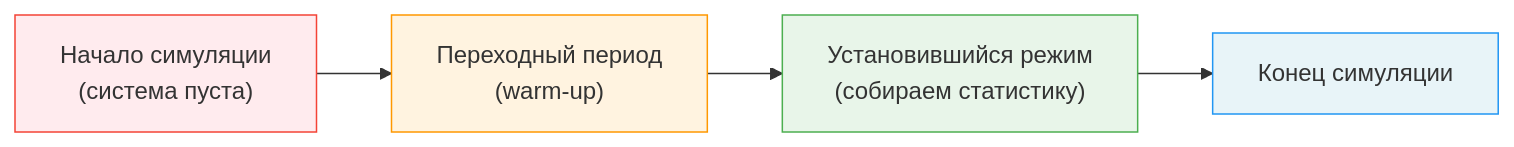
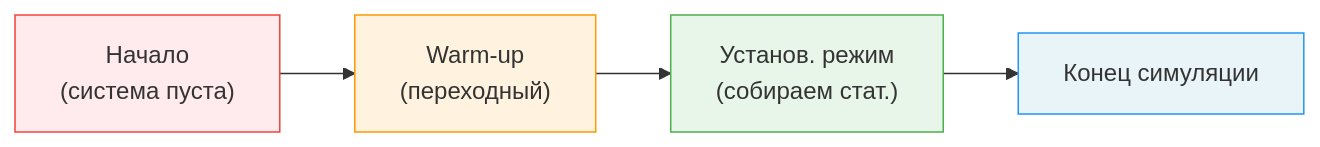
Before and after one commit to stareeg/simulation-modeling-notes: the fourth of 4 diagrams in docs/11-simulation-analysis.md, drawn with Mermaid. The commit also changed other lines of this file and 14 other files, not shown here.

````diff
--- a/docs/11-simulation-analysis.md
+++ b/docs/11-simulation-analysis.md
@@ -347,11 +352,11 @@
 ```mermaid
 flowchart LR
-    A["Начало симуляции\n(система пуста)"] --> B["Переходный период\n(warm-up)"]
-    B --> C["Установившийся режим\n(собираем статистику)"]
+    A["Начало<br>(система пуста)"] --> B["Warm-up<br>(переходный)"]
+    B --> C["Установ. режим<br>(собираем стат.)"]
     C --> D["Конец симуляции"]
 
     style A fill:#ffebee,stroke:#f44336
     style B fill:#fff3e0,stroke:#FF9800
     style C fill:#e8f5e9,stroke:#4CAF50
     style D fill:#e8f4f8,stroke:#2196F3
 ```
````
